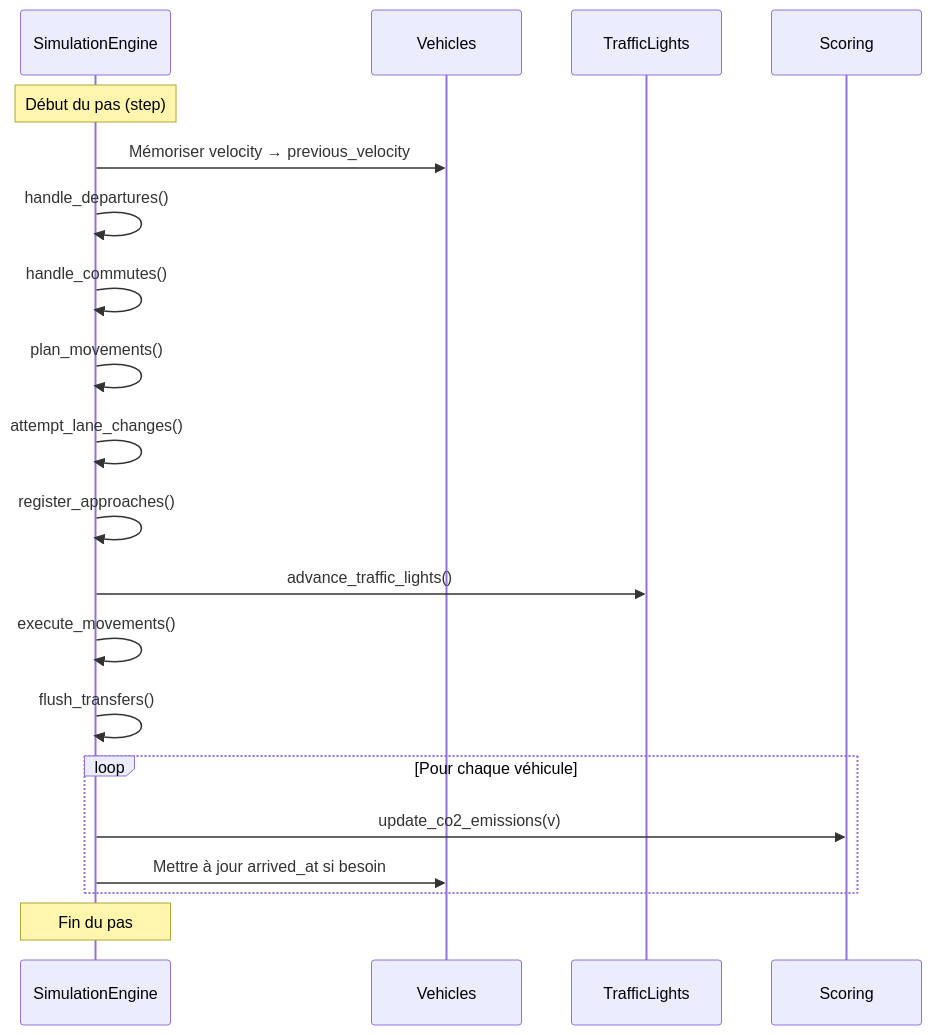
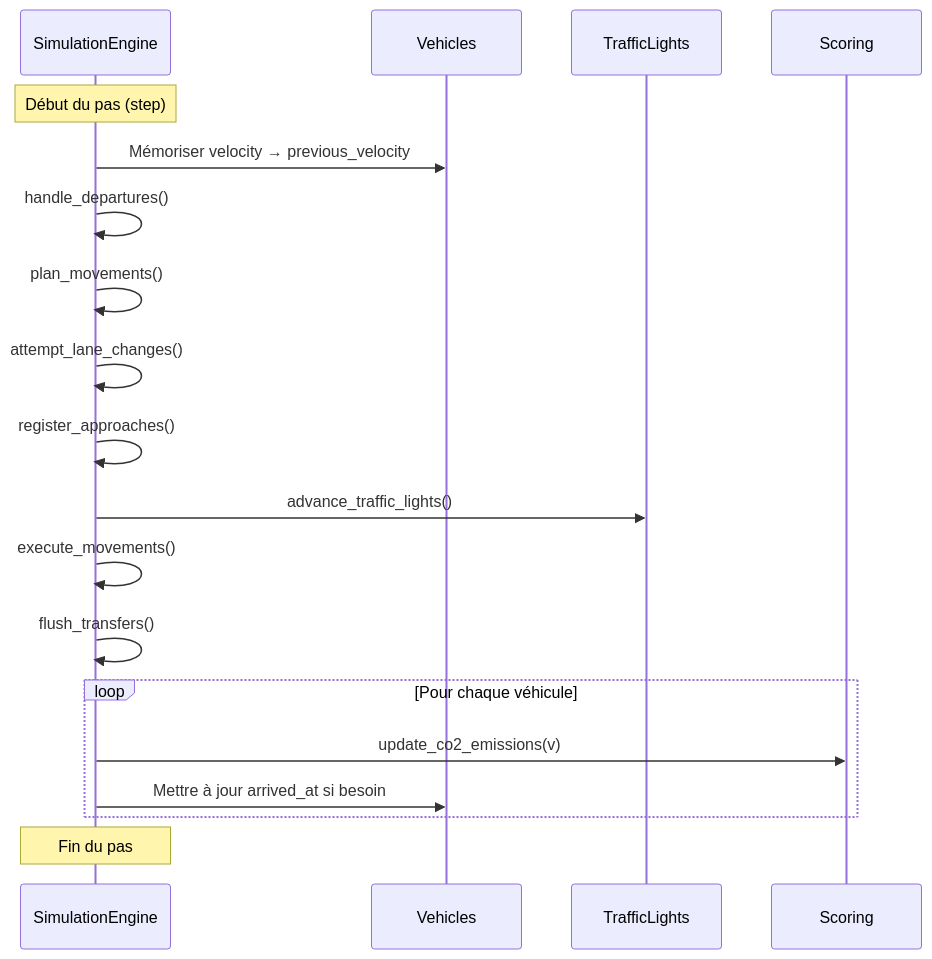
The diagram in server/doc/src/simulation/engine.md (TagCopperLight/RoadIA), drawn with Mermaid before and after one commit. The commit also changed other lines of this file and 3 other files, not shown here.

````diff
--- a/server/doc/src/simulation/engine.md
+++ b/server/doc/src/simulation/engine.md
@@ -81,23 +81,22 @@
 ```mermaid
 sequenceDiagram
     participant E as SimulationEngine
     participant V as Vehicles
     participant TL as TrafficLights
     participant S as Scoring
 
     Note over E: Début du pas (step)
     E->>V: Mémoriser velocity → previous_velocity
     E->>E: handle_departures()
-    E->>E: handle_commutes()
     E->>E: plan_movements()
     E->>E: attempt_lane_changes()
     E->>E: register_approaches()
     E->>TL: advance_traffic_lights()
     E->>E: execute_movements()
     E->>E: flush_transfers()
     loop Pour chaque véhicule
         E->>S: update_co2_emissions(v)
         E->>V: Mettre à jour arrived_at si besoin
     end
     Note over E: Fin du pas
 ```
````
